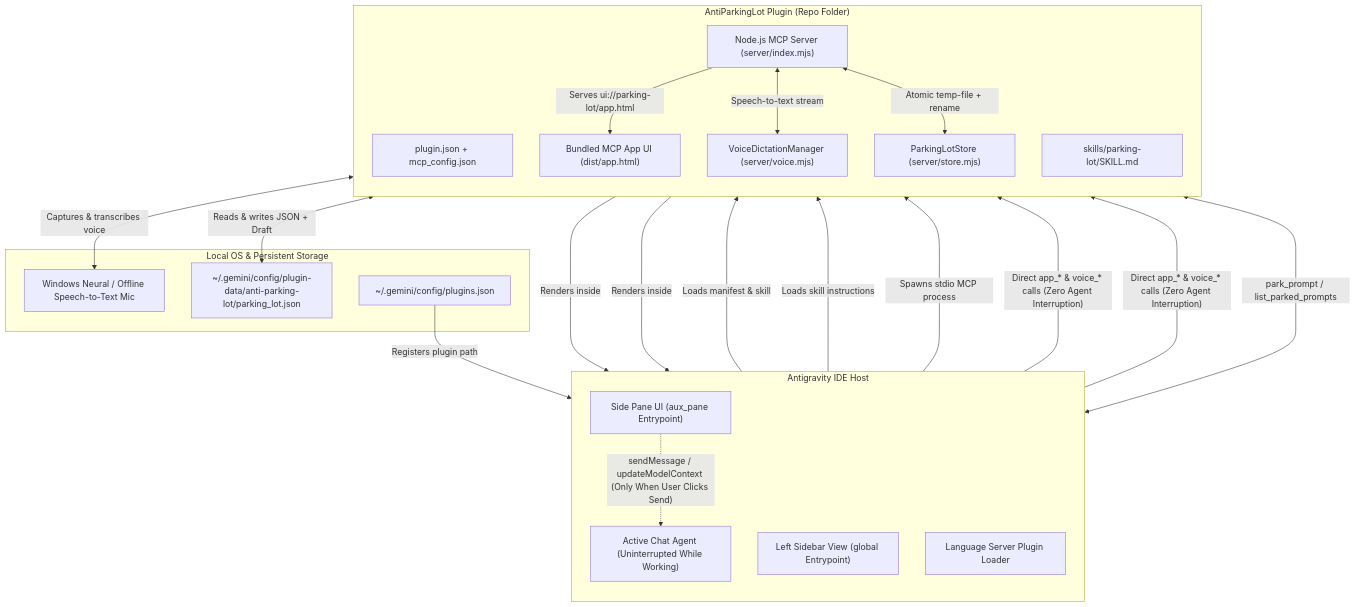
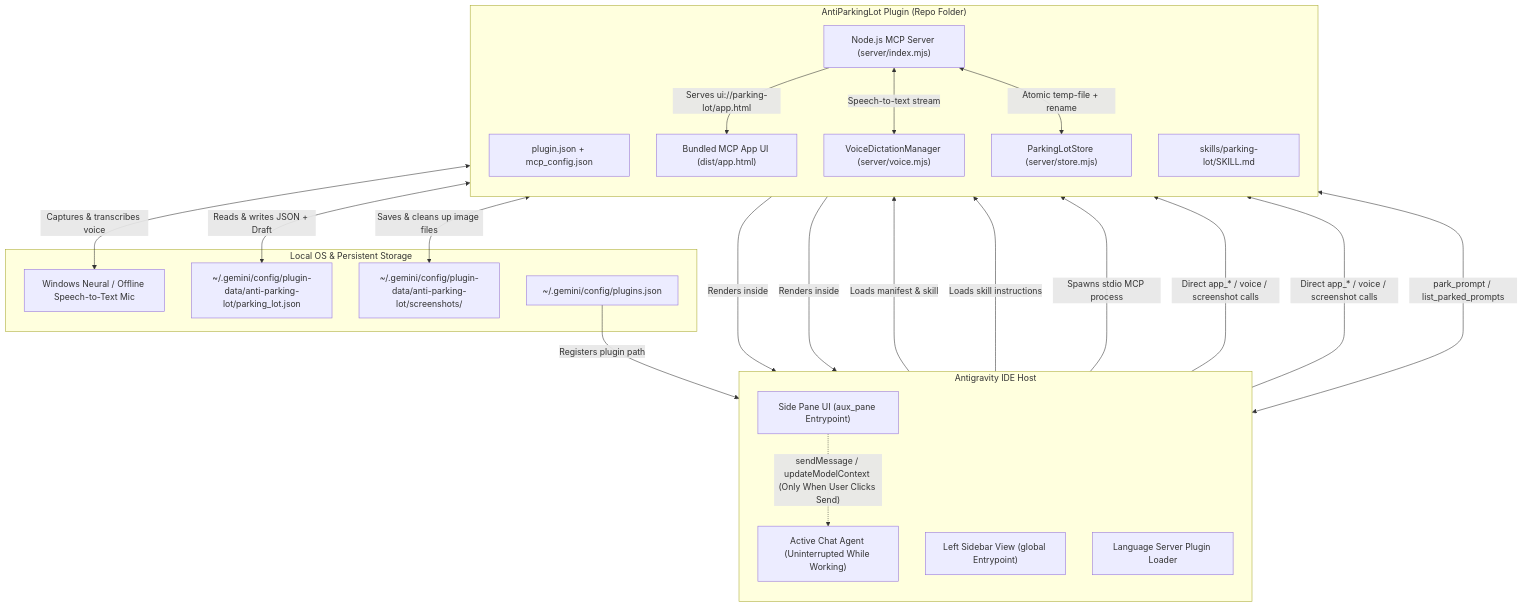
Before and after one commit to jmbreckel/AntiParkingLot: the diagram in documentation/diagrams/01-system-architecture.mmd, drawn with Mermaid. The commit also changed 25 other files, not shown here.

Commit message:
Release v1.1.0: Add screenshot attachments, in-app help, and updated docs

```diff
--- a/documentation/diagrams/01-system-architecture.mmd
+++ b/documentation/diagrams/01-system-architecture.mmd
@@ -1,43 +1,45 @@
 flowchart TB
     subgraph Host["Antigravity IDE Host"]
         direction TB
         SidePane["Side Pane UI (aux_pane Entrypoint)"]
         Sidebar["Left Sidebar View (global Entrypoint)"]
         ChatAgent["Active Chat Agent (Uninterrupted While Working)"]
         Discovery["Language Server Plugin Loader"]
     end
 
     subgraph Plugin["AntiParkingLot Plugin (Repo Folder)"]
         direction TB
         Manifests["plugin.json + mcp_config.json"]
         Skill["skills/parking-lot/SKILL.md"]
         UIApp["Bundled MCP App UI (dist/app.html)"]
         MCPServer["Node.js MCP Server (server/index.mjs)"]
         Voice["VoiceDictationManager (server/voice.mjs)"]
         Store["ParkingLotStore (server/store.mjs)"]
     end
 
     subgraph OS["Local OS & Persistent Storage"]
         Mic["Windows Neural / Offline Speech-to-Text Mic"]
         JSONFile["~/.gemini/config/plugin-data/anti-parking-lot/parking_lot.json"]
+        ShotsDir["~/.gemini/config/plugin-data/anti-parking-lot/screenshots/"]
         GlobalReg["~/.gemini/config/plugins.json"]
     end
 
     GlobalReg -->|"Registers plugin path"| Discovery
     Discovery -->|"Loads manifest & skill"| Manifests
     Discovery -->|"Loads skill instructions"| Skill
     Discovery -->|"Spawns stdio MCP process"| MCPServer
 
     MCPServer -->|"Serves ui://parking-lot/app.html"| UIApp
     UIApp -->|"Renders inside"| SidePane
     UIApp -->|"Renders inside"| Sidebar
 
-    SidePane -->|"Direct app_* & voice_* calls (Zero Agent Interruption)"| MCPServer
-    Sidebar -->|"Direct app_* & voice_* calls (Zero Agent Interruption)"| MCPServer
+    SidePane -->|"Direct app_* / voice / screenshot calls"| MCPServer
+    Sidebar -->|"Direct app_* / voice / screenshot calls"| MCPServer
     SidePane -.->|"sendMessage / updateModelContext (Only When User Clicks Send)"| ChatAgent
     ChatAgent <-->|"park_prompt / list_parked_prompts"| MCPServer
 
     MCPServer <-->|"Speech-to-text stream"| Voice
     Voice <-->|"Captures & transcribes voice"| Mic
     MCPServer <-->|"Atomic temp-file + rename"| Store
     Store <-->|"Reads & writes JSON + Draft"| JSONFile
+    Store <-->|"Saves & cleans up image files"| ShotsDir
```
